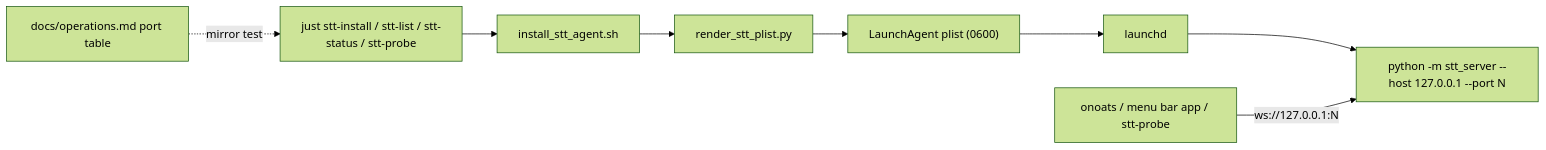
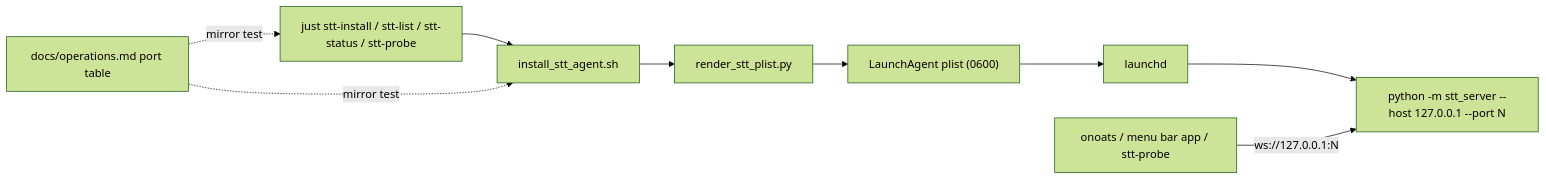
One commit to vr000m/pipecat-local-stt-server changed the first of 2 diagrams in docs/dev_plans/20261025-feature-stt-agents-loopback-tcp.md. Above: the diagram before and after it, drawn with Mermaid (forest theme). The commit also changed other lines of this file and 1 other file, not shown here.

````diff
--- a/docs/dev_plans/20261025-feature-stt-agents-loopback-tcp.md
+++ b/docs/dev_plans/20261025-feature-stt-agents-loopback-tcp.md
@@ -145,10 +160,11 @@
 ```mermaid
 graph LR
     J["just stt-install / stt-list / stt-status / stt-probe"] --> I["install_stt_agent.sh"]
     I --> R["render_stt_plist.py"]
     R --> P["LaunchAgent plist (0600)"]
     P --> L["launchd"]
     L --> S["python -m stt_server --host 127.0.0.1 --port N"]
     C["onoats / menu bar app / stt-probe"] -->|"ws://127.0.0.1:N"| S
     D["docs/operations.md port table"] -.->|"mirror test"| J
+    D -.->|"mirror test"| I
 ```
````
